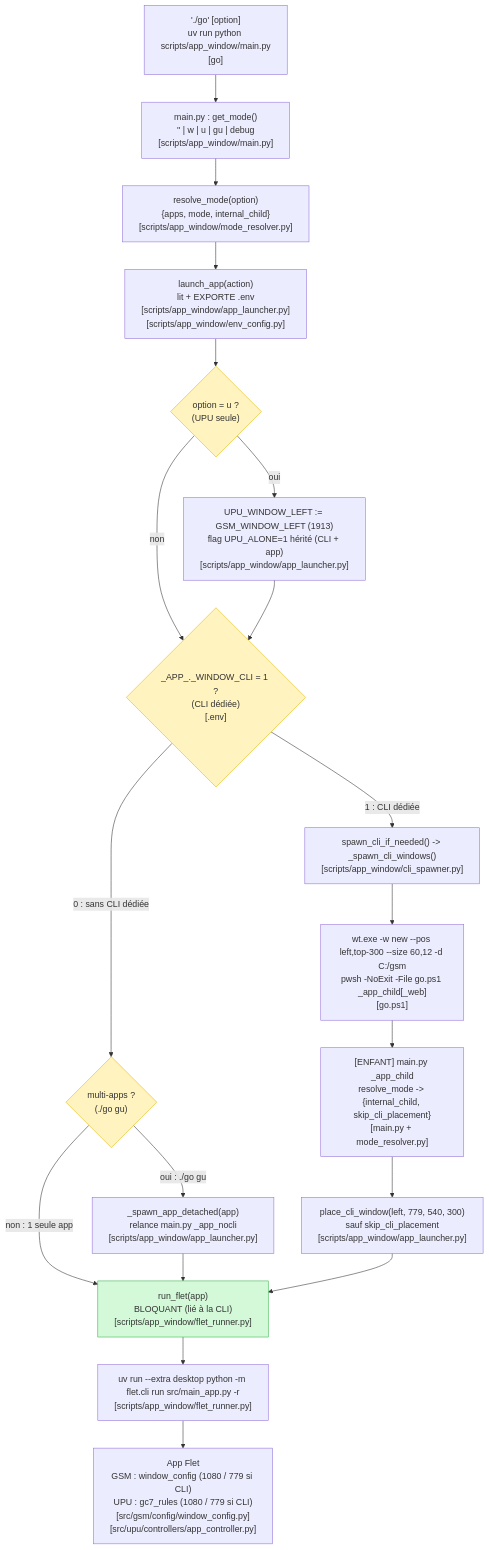
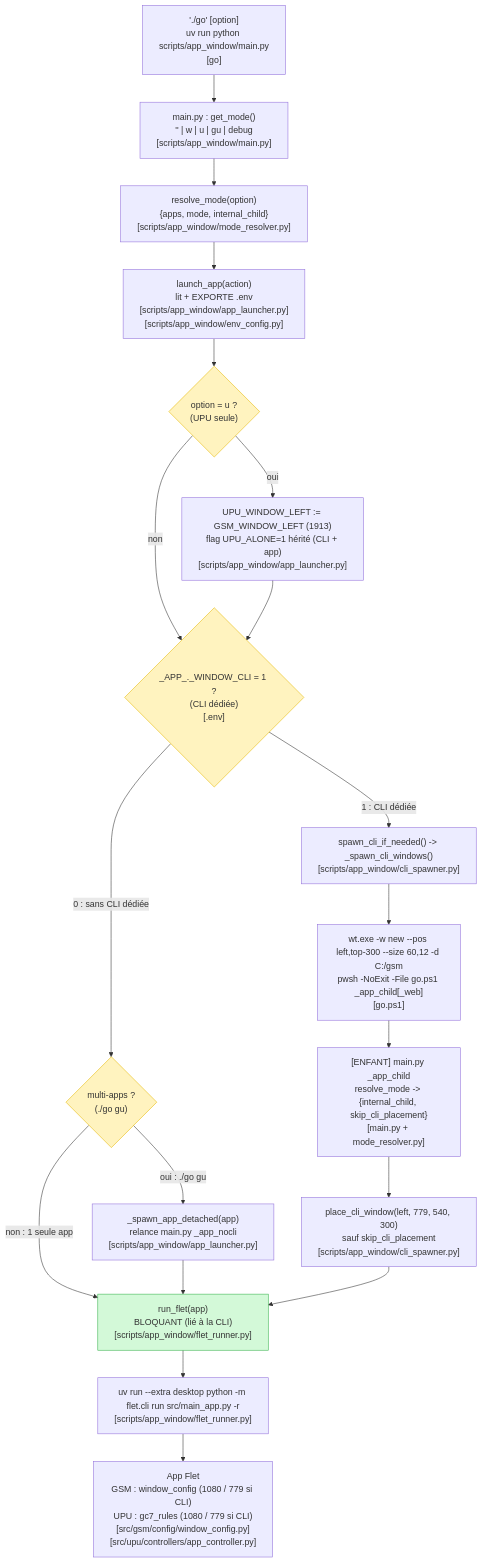
The diagram in scripts/app_window/ORGA.md (GrCOTE7/gsm), drawn with Mermaid before and after one commit. The commit also changed other lines of this file and 10 other files, not shown here.

````diff
--- a/scripts/app_window/ORGA.md
+++ b/scripts/app_window/ORGA.md
@@ -35,33 +36,33 @@
 ```mermaid
 flowchart TD
     A["'./go' [option]<br/>uv run python scripts/app_window/main.py<br/>[go]"]
     --> B["main.py : get_mode()<br/>'' | w | u | gu | debug<br/>[scripts/app_window/main.py]"]
     B --> C["resolve_mode(option)<br/>{apps, mode, internal_child}<br/>[scripts/app_window/mode_resolver.py]"]
     C --> D["launch_app(action)<br/>lit + EXPORTE .env<br/>[scripts/app_window/app_launcher.py]<br/>[scripts/app_window/env_config.py]"]
 
     D --> E{"option = u ?<br/>(UPU seule)"}
     E -- "non" --> F
     E -- "oui" --> E1["UPU_WINDOW_LEFT := GSM_WINDOW_LEFT (1913)<br/>flag UPU_ALONE=1 hérité (CLI + app)<br/>[scripts/app_window/app_launcher.py]"]
     E1 --> F
 
     F{"_APP_._WINDOW_CLI = 1 ?<br/>(CLI dédiée)<br/>[.env]"}
 
     F -- "0 : sans CLI dédiée" --> G{"multi-apps ?<br/>(./go gu)"}
     G -- "non : 1 seule app" --> H["run_flet(app)<br/>BLOQUANT (lié à la CLI)<br/>[scripts/app_window/flet_runner.py]"]
     G -- "oui : ./go gu" --> G1["_spawn_app_detached(app)<br/>relance main.py _app_nocli<br/>[scripts/app_window/app_launcher.py]"]
     G1 --> H
 
     F -- "1 : CLI dédiée" --> K["spawn_cli_if_needed() -> _spawn_cli_windows()<br/>[scripts/app_window/cli_spawner.py]"]
     K --> L["wt.exe -w new --pos left,top-300 --size 60,12 -d C:/gsm<br/>pwsh -NoExit -File go.ps1 _app_child[_web]<br/>[go.ps1]"]
     L --> M["[ENFANT] main.py _app_child<br/>resolve_mode -> {internal_child, skip_cli_placement}<br/>[main.py + mode_resolver.py]"]
-    M --> N["place_cli_window(left, 779, 540, 300)<br/>sauf skip_cli_placement<br/>[scripts/app_window/app_launcher.py]"]
+    M --> N["place_cli_window(left, 779, 540, 300)<br/>sauf skip_cli_placement<br/>[scripts/app_window/cli_spawner.py]"]
     N --> H
 
     H --> I["uv run --extra desktop python -m flet.cli run src/main_app.py -r<br/>[scripts/app_window/flet_runner.py]"]
     I --> J["App Flet<br/>GSM : window_config (1080 / 779 si CLI)<br/>UPU : gc7_rules (1080 / 779 si CLI)<br/>[src/gsm/config/window_config.py]<br/>[src/upu/controllers/app_controller.py]"]
 
     style E fill:#fff3bf,stroke:#e6b800
     style F fill:#fff3bf,stroke:#e6b800
     style G fill:#fff3bf,stroke:#e6b800
     style H fill:#d3f9d8,stroke:#37b24d
 ```
````
